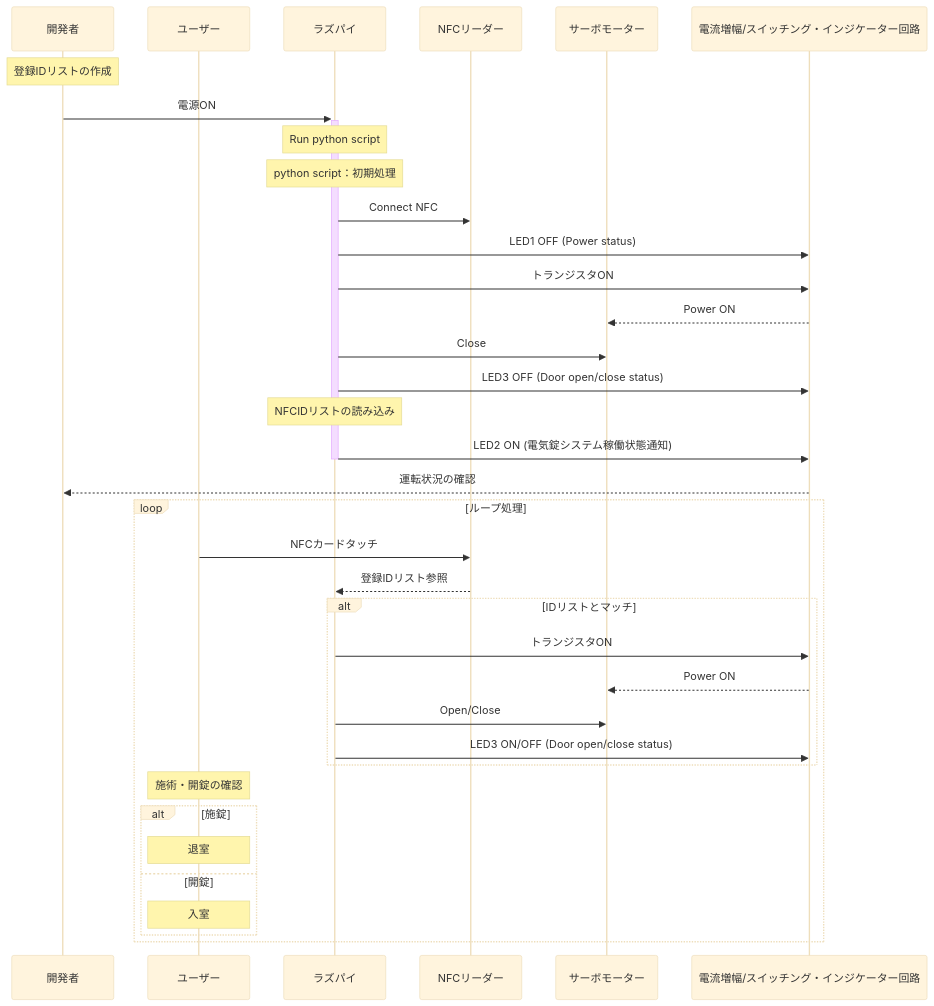
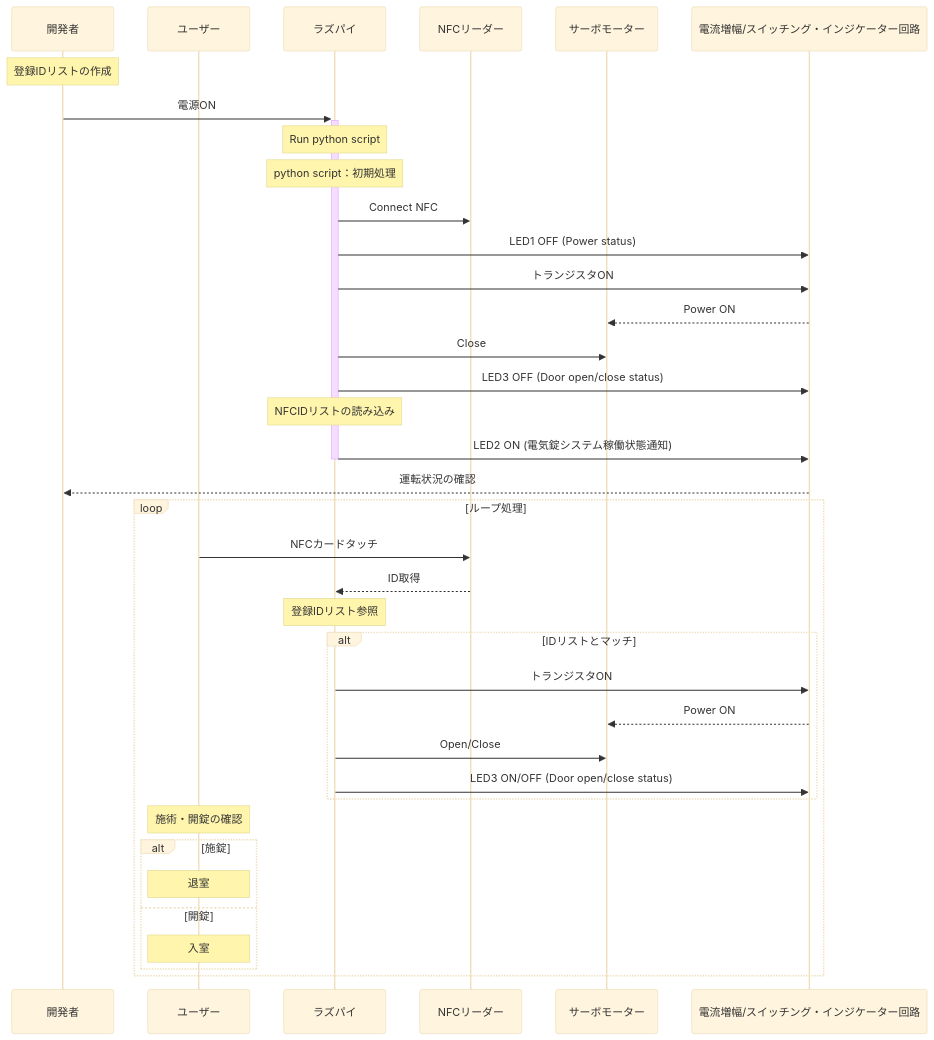
Before and after one commit to YUKI-SOKENDAI/SmartLock: the second of 2 diagrams in memo/SystemMEMO.md, drawn with Mermaid (base theme).

````diff
--- a/memo/SystemMEMO.md
+++ b/memo/SystemMEMO.md
@@ -63,46 +63,47 @@
 ```mermaid
 sequenceDiagram
     participant user as 開発者
     participant user1 as ユーザー
     participant raspi as ラズパイ
     participant nfc as NFCリーダー
     participant servo as サーボモーター
     participant circuit as 電流増幅/スイッチング・インジケーター回路
     
     # hoge
     Note over user: 登録IDリストの作成
     user->>+raspi: 電源ON
     Note over raspi : Run python script
     Note over raspi : python script：初期処理
     
     raspi->>nfc: Connect NFC
     raspi->>circuit: LED1 OFF (Power status)
     raspi->>circuit: トランジスタON
     circuit-->>servo: Power ON
     raspi->>servo: Close
     raspi->>circuit: LED3 OFF (Door open/close status)
     Note over raspi : NFCIDリストの読み込み
     raspi->>-circuit: LED2 ON (電気錠システム稼働状態通知)
     circuit-->>user: 運転状況の確認
     
     loop ループ処理
         user1->>nfc: NFCカードタッチ
-        nfc-->>raspi:登録IDリスト参照
+        nfc-->>raspi:ID取得
+        Note over raspi: 登録IDリスト参照
         alt IDリストとマッチ
             raspi->>circuit: トランジスタON
             circuit-->>servo: Power ON
             raspi->>servo: Open/Close
             raspi->>circuit: LED3 ON/OFF (Door open/close status) 
         end
     
         Note over user1 : 施術・開錠の確認
         alt 施錠
             Note over user1 :退室
         else 開錠
             Note over user1 :入室
         end
     end
     
     #raspi-->>user: こんにちは！！
 
 ```
````
